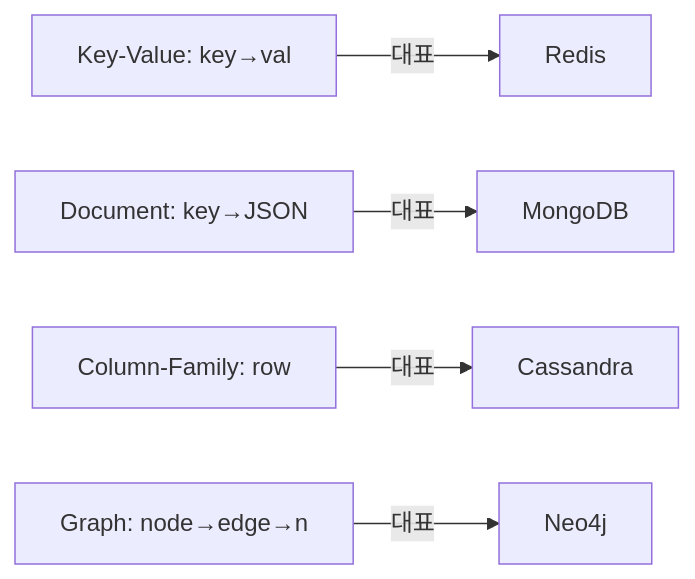
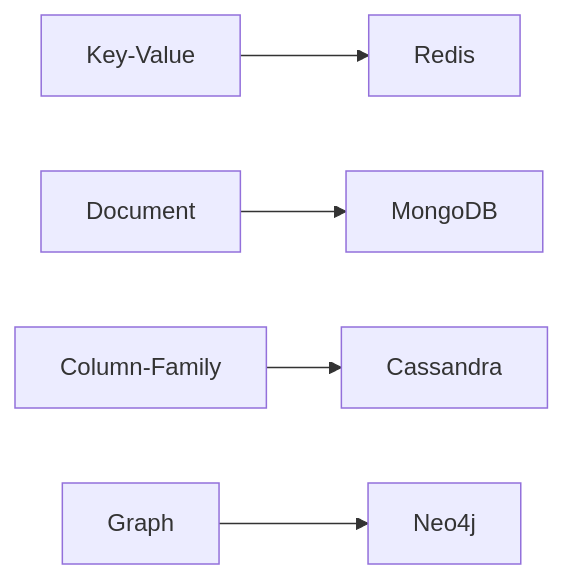
The first of 7 diagrams in _posts/nosql/2026-05-03-nosql-comparison.md (yjkim2015/yjkim2015.github.io), drawn with Mermaid before and after one commit. The commit also changed other lines of this file and 163 other files, not shown here.

First line of the commit message:
Mermaid 300개 블록 내용 축소: 5노드 5엣지 이하, 의미 있는 약어

````diff
--- a/_posts/nosql/2026-05-03-nosql-comparison.md
+++ b/_posts/nosql/2026-05-03-nosql-comparison.md
@@ -22,7 +22,7 @@
 ```mermaid
 graph LR
-    KV["Key-Value: key→val"] -->|대표| R["Redis"]
-    DOC["Document: key→JSON"] -->|대표| M["MongoDB"]
-    CF["Column-Family: row"] -->|대표| C["Cassandra"]
-    GR["Graph: node→edge→n"] -->|대표| N["Neo4j"]
+    KV["Key-Value"] --> R["Redis"]
+    DOC["Document"] --> M["MongoDB"]
+    CF["Column-Family"] --> C["Cassandra"]
+    GR["Graph"] --> N["Neo4j"]
 ```
````
